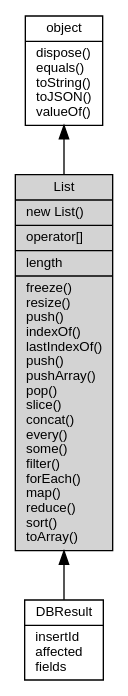
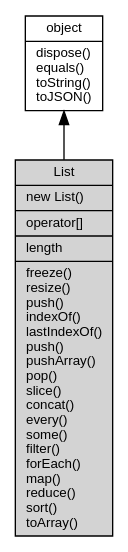
One commit to fibjs/fibjs.org changed the diagram in docs/manual/object/ifs/List.md. Above: the diagram before and after it, drawn with Graphviz. The commit also changed other lines of this file and 260 other files, not shown here.

````diff
--- a/docs/manual/object/ifs/List.md
+++ b/docs/manual/object/ifs/List.md
@@ -12,12 +12,10 @@
 ```dot
 digraph {
     node [fontname="Helvetica,sans-Serif", fontsize=10, shape="record", style="filled", fillcolor="white"];
 
-    object [tooltip="object", URL="object.md", label="{object|dispose()\lequals()\ltoString()\ltoJSON()\lvalueOf()\l}"];
+    object [tooltip="object", URL="object.md", label="{object|dispose()\lequals()\ltoString()\ltoJSON()\l}"];
     List [tooltip="List", fillcolor="lightgray", label="{List|new List()\l|operator[]\l|length\l|freeze()\lresize()\lpush()\lindexOf()\llastIndexOf()\lpush()\lpushArray()\lpop()\lslice()\lconcat()\levery()\lsome()\lfilter()\lforEach()\lmap()\lreduce()\lsort()\ltoArray()\l}"];
-    DBResult [tooltip="DBResult", URL="DBResult.md", label="{DBResult|insertId\laffected\lfields\l}"];
 
     object -> List [dir=back];
-    List -> DBResult [dir=back];
 }
 ```
````
